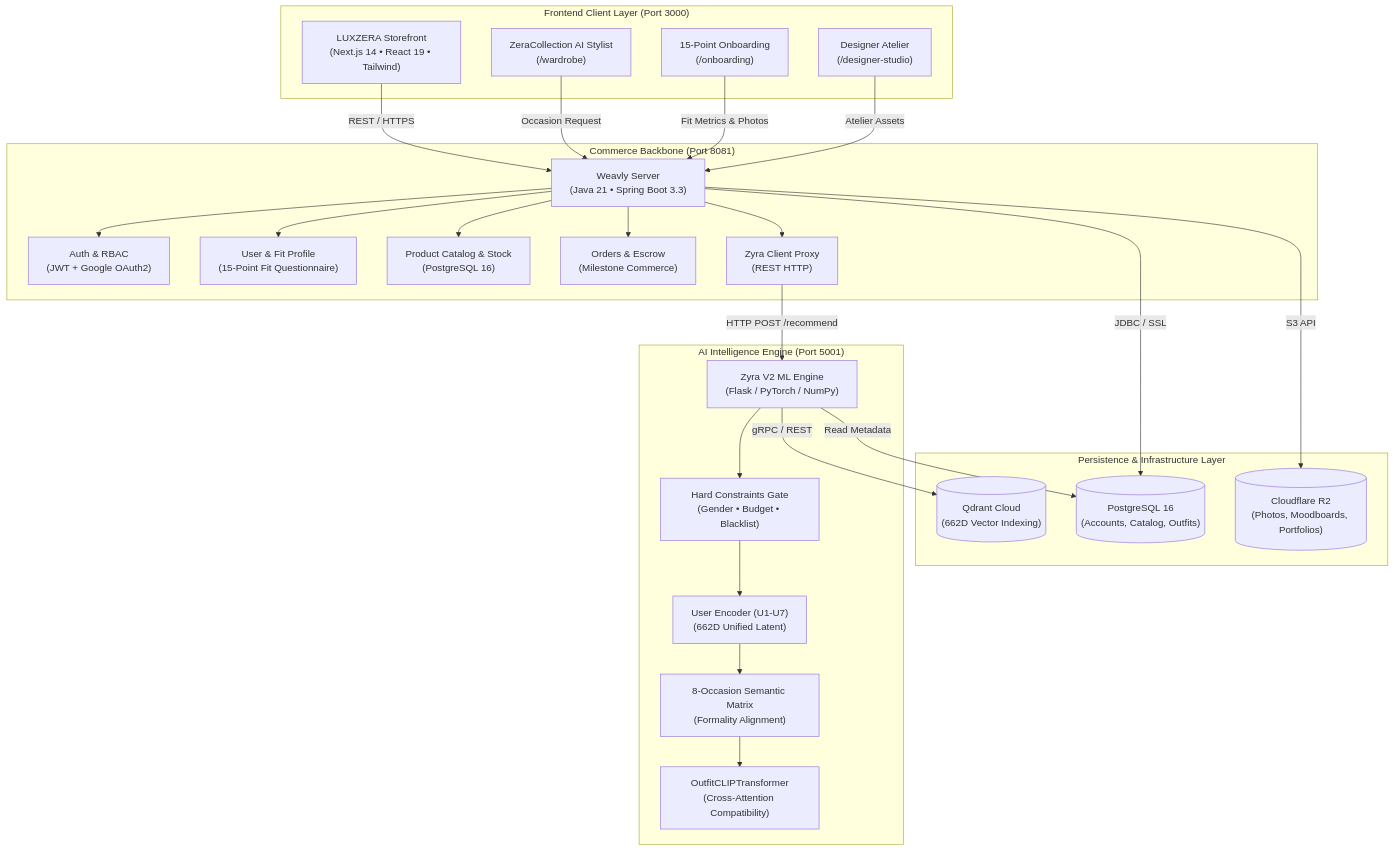
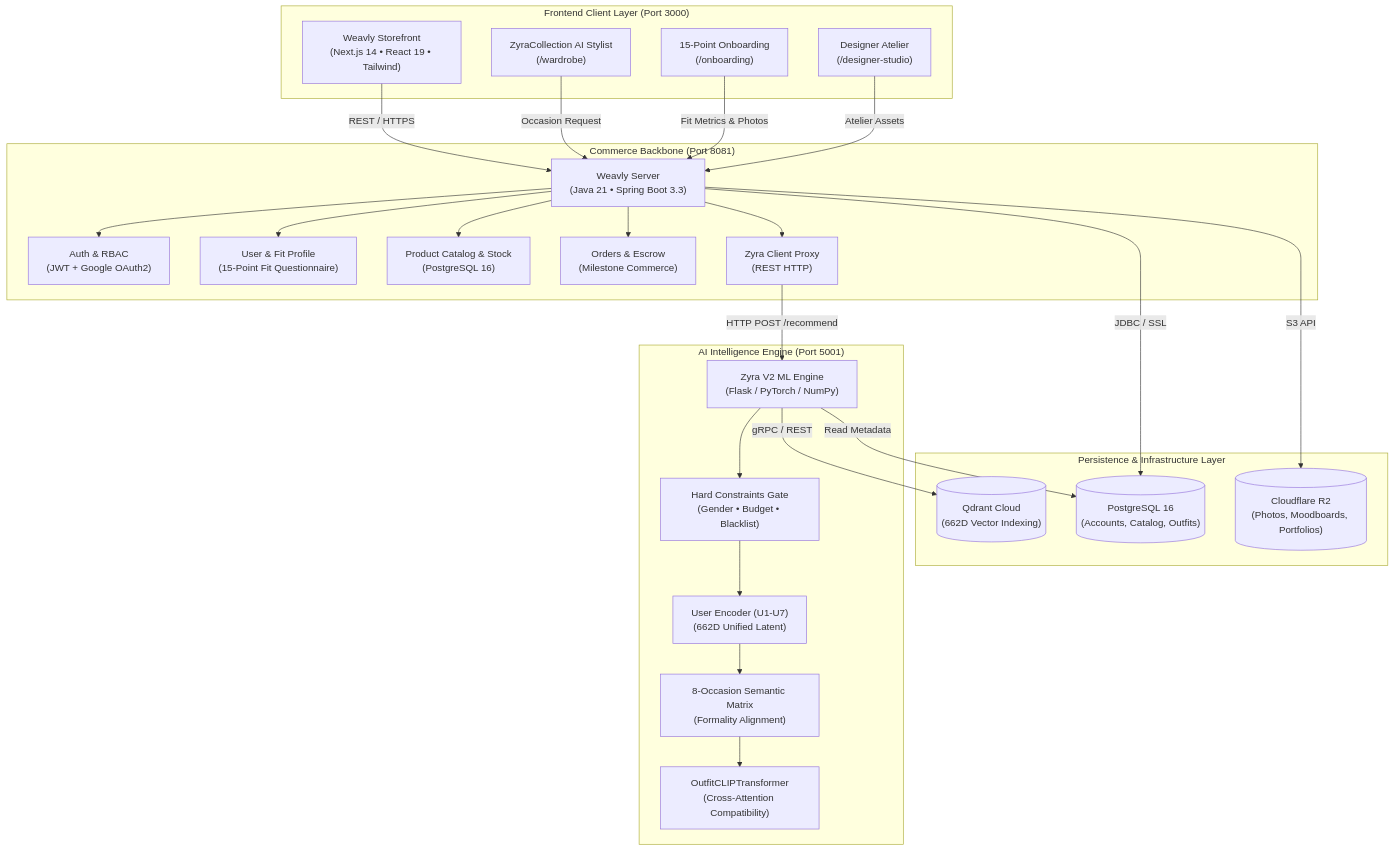
The first of 5 diagrams in README.md (Ch-saketh/weavly), drawn with Mermaid before and after one commit. The commit also changed other lines of this file and 4 other files, not shown here.

Commit message:
docs: replace luxzera with weavly and zera with zyra across all READMEs

````diff
--- a/README.md
+++ b/README.md
@@ -52,54 +52,54 @@
 ```mermaid
 flowchart TD
     subgraph ClientLayer["Frontend Client Layer (Port 3000)"]
-        UI["LUXZERA Storefront<br/>(Next.js 14 • React 19 • Tailwind)"]
-        ZeraStylist["ZeraCollection AI Stylist<br/>(/wardrobe)"]
+        UI["Weavly Storefront<br/>(Next.js 14 • React 19 • Tailwind)"]
+        ZyraStylist["ZyraCollection AI Stylist<br/>(/wardrobe)"]
         Onboarding["15-Point Onboarding<br/>(/onboarding)"]
         DesignerPortal["Designer Atelier<br/>(/designer-studio)"]
     end
 
     subgraph BackendLayer["Commerce Backbone (Port 8081)"]
         Server["Weavly Server<br/>(Java 21 • Spring Boot 3.3)"]
         AuthMod["Auth & RBAC<br/>(JWT + Google OAuth2)"]
         UserMod["User & Fit Profile<br/>(15-Point Fit Questionnaire)"]
         CatalogMod["Product Catalog & Stock<br/>(PostgreSQL 16)"]
         OrderMod["Orders & Escrow<br/>(Milestone Commerce)"]
         ZyraProxy["Zyra Client Proxy<br/>(REST HTTP)"]
     end
 
     subgraph MLCore["AI Intelligence Engine (Port 5001)"]
         ZyraAPI["Zyra V2 ML Engine<br/>(Flask / PyTorch / NumPy)"]
         UserEncoder["User Encoder (U1-U7)<br/>(662D Unified Latent)"]
         ConstraintGate["Hard Constraints Gate<br/>(Gender • Budget • Blacklist)"]
         OccasionMatrix["8-Occasion Semantic Matrix<br/>(Formality Alignment)"]
         OutfitModel["OutfitCLIPTransformer<br/>(Cross-Attention Compatibility)"]
     end
 
     subgraph DataStorage["Persistence & Infrastructure Layer"]
         SupabaseDB[("PostgreSQL 16<br/>(Accounts, Catalog, Outfits)")]
         R2Storage[("Cloudflare R2<br/>(Photos, Moodboards, Portfolios)")]
         QdrantDB[("Qdrant Cloud<br/>(662D Vector Indexing)")]
     end
 
     UI -->|REST / HTTPS| Server
-    ZeraStylist -->|Occasion Request| Server
+    ZyraStylist -->|Occasion Request| Server
     Onboarding -->|Fit Metrics & Photos| Server
     DesignerPortal -->|Atelier Assets| Server
 
     Server --> AuthMod
     Server --> UserMod
     Server --> CatalogMod
     Server --> OrderMod
     Server --> ZyraProxy
 
     ZyraProxy -->|HTTP POST /recommend| ZyraAPI
     ZyraAPI --> ConstraintGate
     ConstraintGate --> UserEncoder
     UserEncoder --> OccasionMatrix
     OccasionMatrix --> OutfitModel
 
     Server -->|JDBC / SSL| SupabaseDB
     Server -->|S3 API| R2Storage
     ZyraAPI -->|gRPC / REST| QdrantDB
     ZyraAPI -->|Read Metadata| SupabaseDB
 ```
````
